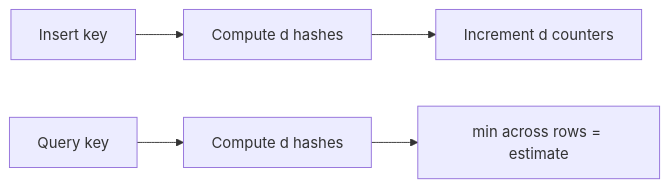
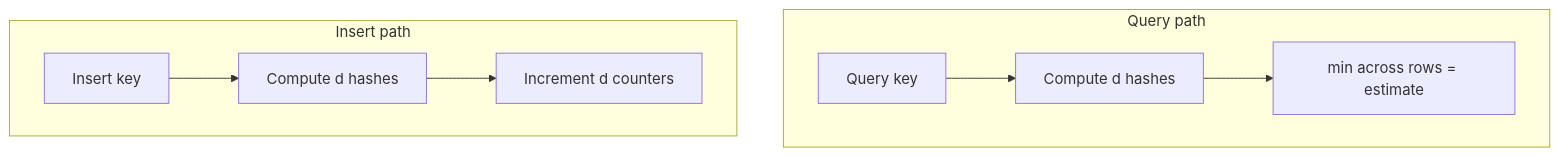
One commit to hareramcse/SystemDesign changed the fifth of 15 diagrams in 13-advanced-topics/README.md. Above: the diagram before and after it, drawn with Mermaid. The commit also changed other lines of this file, not shown here.

````diff
--- a/13-advanced-topics/README.md
+++ b/13-advanced-topics/README.md
@@ -816,7 +825,14 @@
 ```mermaid
 flowchart LR
-    Ins[Insert key] --> Hash[Compute d hashes]
-    Hash --> Inc[Increment d counters]
-    Qry[Query key] --> Hash2[Compute d hashes]
-    Hash2 --> Min[min across rows = estimate]
+    subgraph ins["Insert path"]
+        direction LR
+        Ins[Insert key] --> Hash[Compute d hashes]
+        Hash --> Inc[Increment d counters]
+    end
+    subgraph qry["Query path"]
+        direction LR
+        Qry[Query key] --> Hash2[Compute d hashes]
+        Hash2 --> Min[min across rows = estimate]
+    end
+    ins ~~~ qry
 ```
````
